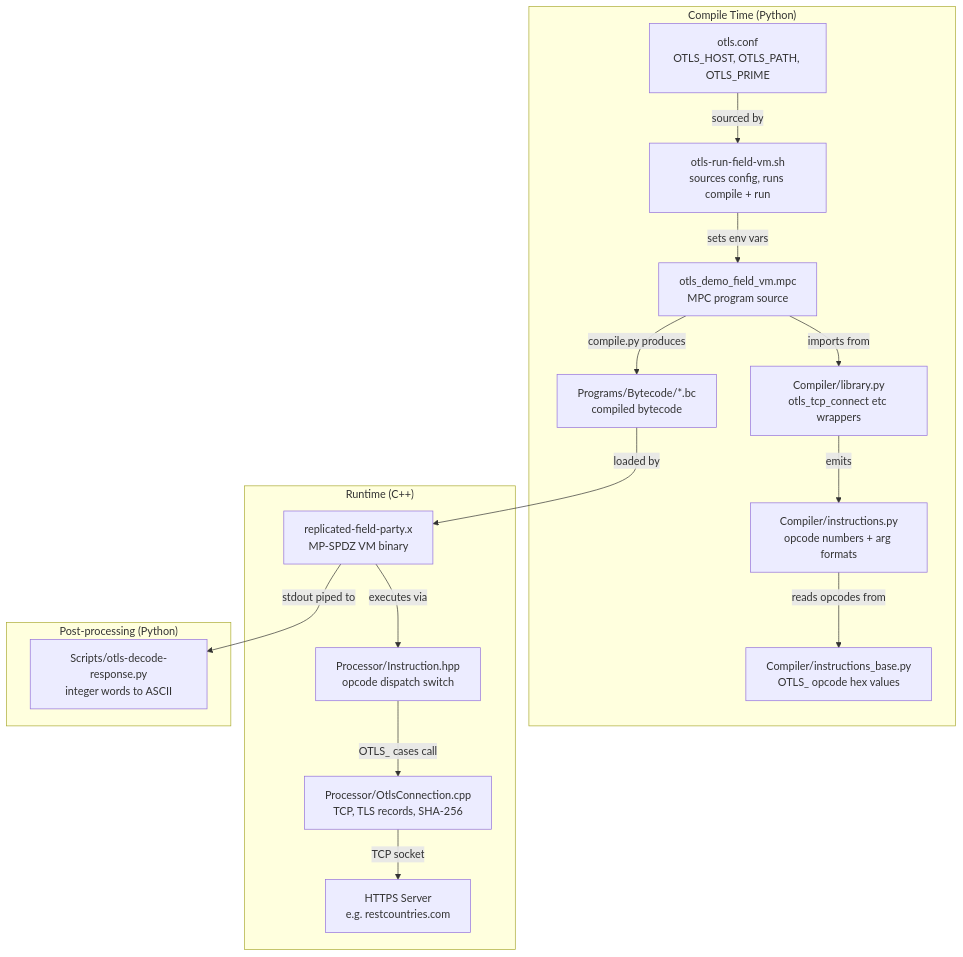
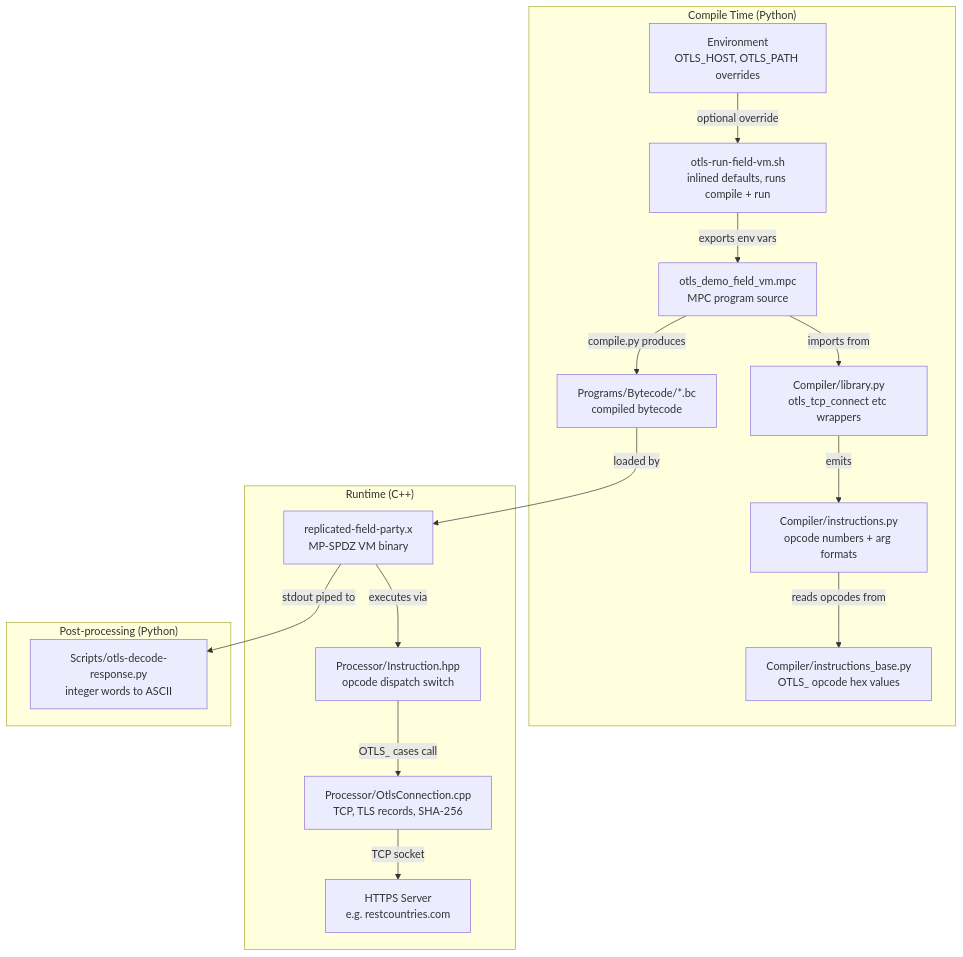
Before and after one commit to puyepuye/MP-SPDZ: the first of 2 diagrams in OTLS.md, drawn with Mermaid. The commit also changed other lines of this file and 1 other file, not shown here.

Commit message:
removed config file and its dependencies

````diff
--- a/OTLS.md
+++ b/OTLS.md
@@ -94,36 +90,36 @@
 ```mermaid
 graph TD
     subgraph "Compile Time (Python)"
-        CONF[otls.conf<br/>OTLS_HOST, OTLS_PATH, OTLS_PRIME]
-        SCRIPT[otls-run-field-vm.sh<br/>sources config, runs compile + run]
+        SCRIPT[otls-run-field-vm.sh<br/>inlined defaults, runs compile + run]
+        ENV[Environment<br/>OTLS_HOST, OTLS_PATH overrides]
         MPC[otls_demo_field_vm.mpc<br/>MPC program source]
         LIB[Compiler/library.py<br/>otls_tcp_connect etc wrappers]
         INST[Compiler/instructions.py<br/>opcode numbers + arg formats]
         INSTBASE[Compiler/instructions_base.py<br/>OTLS_ opcode hex values]
         BC[Programs/Bytecode/*.bc<br/>compiled bytecode]
 
-        SCRIPT -->|sets env vars| MPC
-        CONF -->|sourced by| SCRIPT
+        ENV -->|optional override| SCRIPT
+        SCRIPT -->|exports env vars| MPC
         MPC -->|imports from| LIB
         LIB -->|emits| INST
         INST -->|reads opcodes from| INSTBASE
         MPC -->|compile.py produces| BC
     end
 
     subgraph "Runtime (C++)"
         VM[replicated-field-party.x<br/>MP-SPDZ VM binary]
         DISPATCH[Processor/Instruction.hpp<br/>opcode dispatch switch]
         OTLS_CPP[Processor/OtlsConnection.cpp<br/>TCP, TLS records, SHA-256]
         SERVER[HTTPS Server<br/>e.g. restcountries.com]
 
         BC -->|loaded by| VM
         VM -->|executes via| DISPATCH
         DISPATCH -->|OTLS_ cases call| OTLS_CPP
         OTLS_CPP -->|TCP socket| SERVER
     end
 
     subgraph "Post-processing (Python)"
         DECODER[Scripts/otls-decode-response.py<br/>integer words to ASCII]
         VM -->|stdout piped to| DECODER
     end
 ```
````
